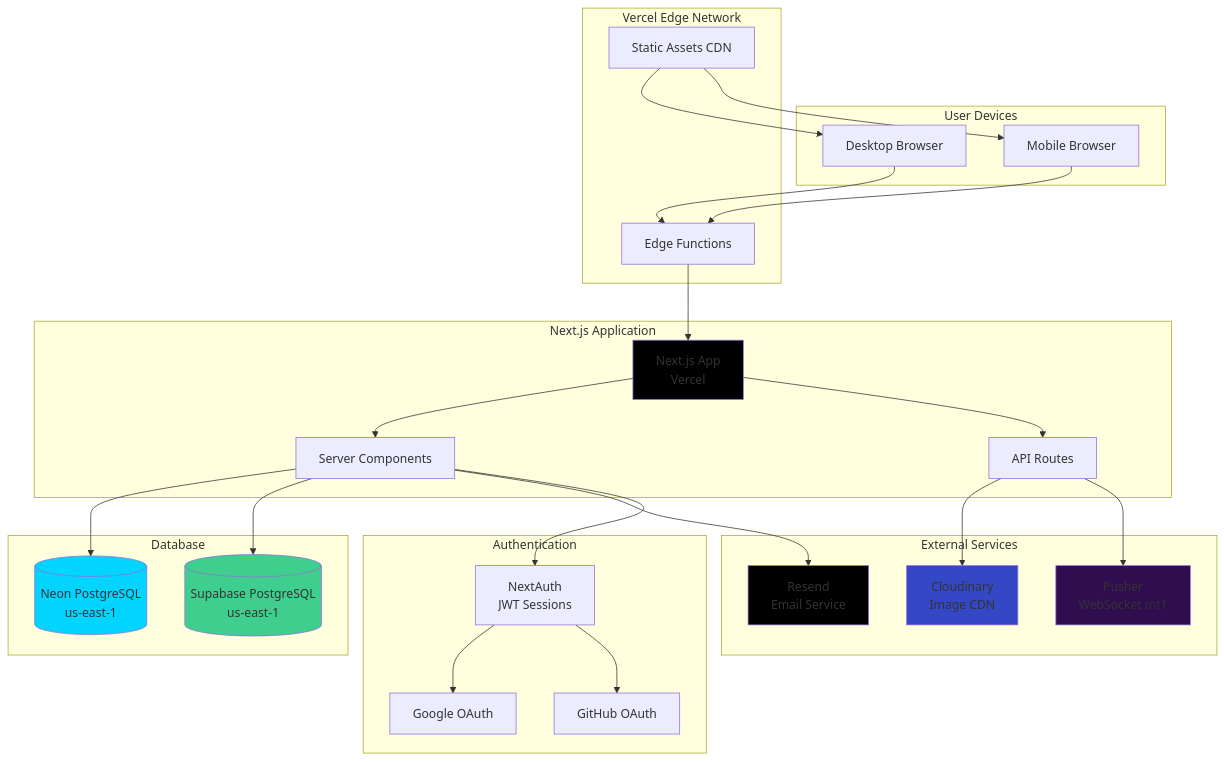
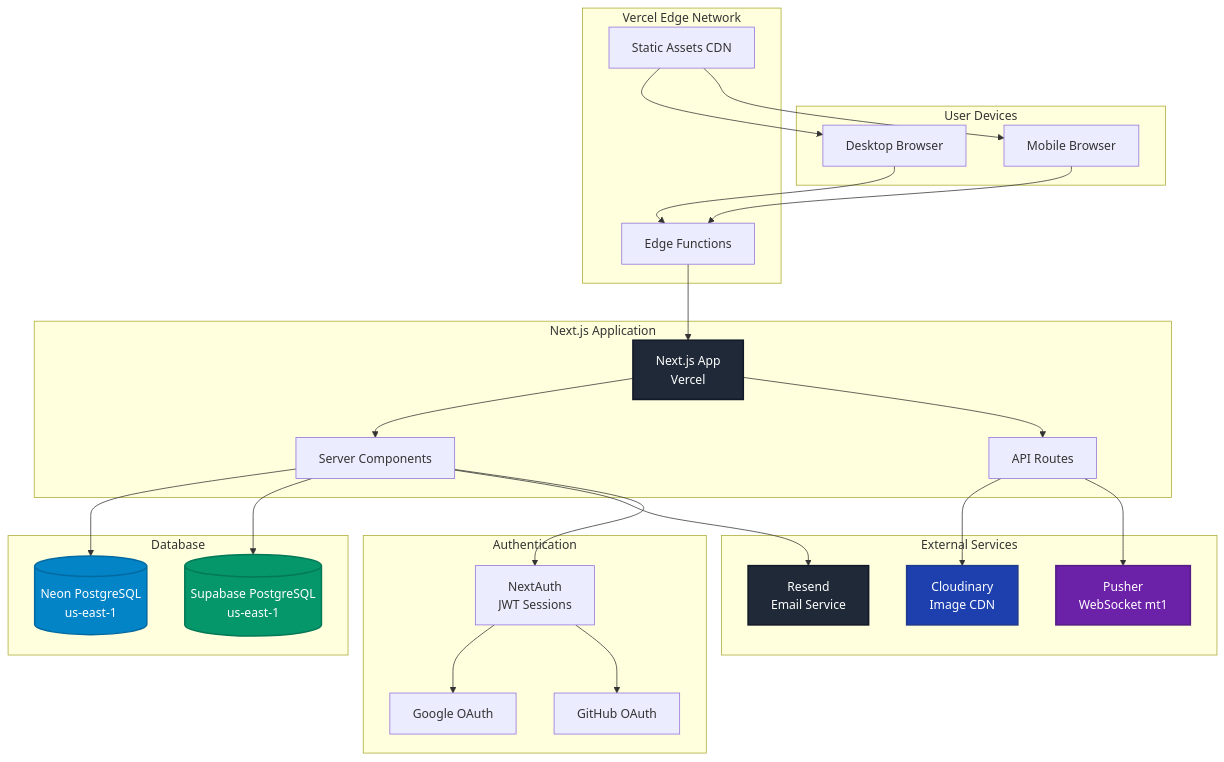
One commit to inskillflow/next-auth-demo-2-match changed diagram 16 of 32 in documentation/16-diagrammes-architecture.md. Above: the diagram before and after it, drawn with Mermaid. The commit also changed other lines of this file, not shown here.

Commit message:
version 1 neon

````diff
--- a/documentation/16-diagrammes-architecture.md
+++ b/documentation/16-diagrammes-architecture.md
@@ -645,61 +645,61 @@
 ```mermaid
 graph TB
     subgraph "User Devices"
         Desktop[Desktop Browser]
         Mobile[Mobile Browser]
     end
     
     subgraph "Vercel Edge Network"
         Edge[Edge Functions]
         CDN[Static Assets CDN]
     end
     
     subgraph "Next.js Application"
         NextApp[Next.js App<br/>Vercel]
         ServerComponents[Server Components]
         API[API Routes]
     end
     
     subgraph "Database"
         Neon[(Neon PostgreSQL<br/>us-east-1)]
         Supabase[(Supabase PostgreSQL<br/>us-east-1)]
     end
     
     subgraph "External Services"
         Cloud[Cloudinary<br/>Image CDN]
         Push[Pusher<br/>WebSocket mt1]
         Email[Resend<br/>Email Service]
     end
     
     subgraph "Authentication"
         Auth[NextAuth<br/>JWT Sessions]
         Google[Google OAuth]
         GitHub[GitHub OAuth]
     end
     
     Desktop --> Edge
     Mobile --> Edge
     Edge --> NextApp
     CDN --> Desktop
     CDN --> Mobile
     
     NextApp --> ServerComponents
     NextApp --> API
     
     ServerComponents --> Neon
     ServerComponents --> Supabase
     API --> Cloud
     API --> Push
     ServerComponents --> Email
     
     ServerComponents --> Auth
     Auth --> Google
     Auth --> GitHub
     
-    style NextApp fill:#000
-    style Neon fill:#00d4ff
-    style Supabase fill:#3ecf8e
-    style Cloud fill:#3448c5
-    style Push fill:#300d4f
-    style Email fill:#000
+    style NextApp fill:#1f2937,stroke:#111827,stroke-width:2px,color:#fff
+    style Neon fill:#0284c7,stroke:#0369a1,stroke-width:2px,color:#fff
+    style Supabase fill:#059669,stroke:#047857,stroke-width:2px,color:#fff
+    style Cloud fill:#1e40af,stroke:#1e3a8a,stroke-width:2px,color:#fff
+    style Push fill:#6b21a8,stroke:#581c87,stroke-width:2px,color:#fff
+    style Email fill:#1f2937,stroke:#111827,stroke-width:2px,color:#fff
 ```
````
